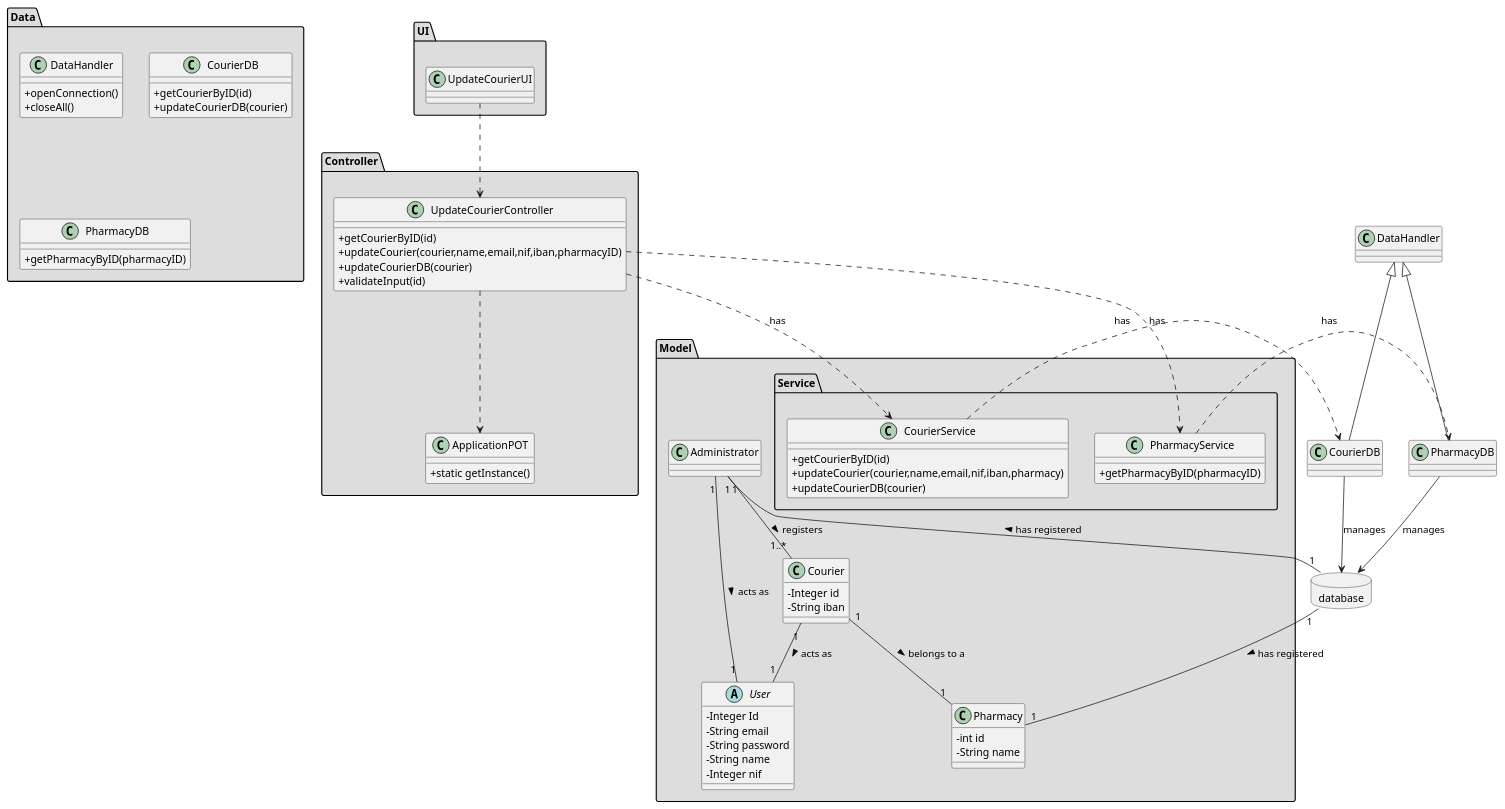
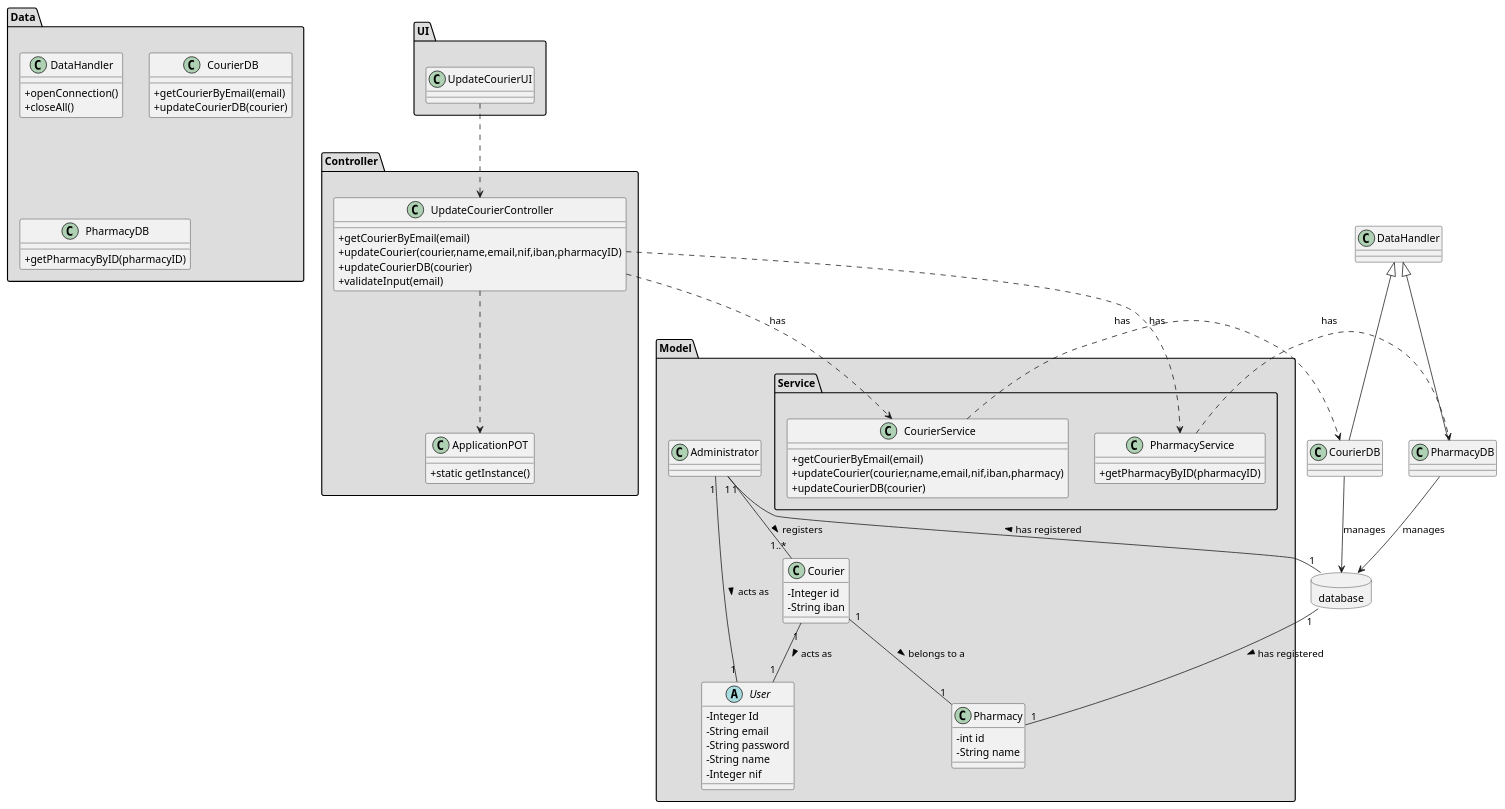
The diagram in docs/Iteration 2/Courier Management/US29_UpdateCourier/US29_CD.puml (tiagoavcosta25/LAPR3), drawn with PlantUML before and after one commit. The commit also changed 1 other file, not shown here.

Commit message:
LAPR2AP2-29 #refining UpdateCourier [Design]

```diff
--- a/docs/Iteration 2/Courier Management/US29_UpdateCourier/US29_CD.puml
+++ b/docs/Iteration 2/Courier Management/US29_UpdateCourier/US29_CD.puml
@@ -1,101 +1,101 @@
 @startuml
 skinparam classAttributeIconSize 0
 
 package "UI" #DDDDDD{
 class UpdateCourierUI {
 
 }
 }
 package "Controller" #DDDDDD {
 class UpdateCourierController{
-+getCourierByID(id)
++getCourierByEmail(email)
 +updateCourier(courier,name,email,nif,iban,pharmacyID)
 +updateCourierDB(courier)
-+validateInput(id)
++validateInput(email)
 }
 
 class ApplicationPOT
 {
   +static getInstance()
 }
 }
 
 
 package "Model" #DDDDDD {
 package "Service" #DDDDDD {
    class CourierService{
-          +getCourierByID(id)
+          +getCourierByEmail(email)
           +updateCourier(courier,name,email,nif,iban,pharmacy)
           +updateCourierDB(courier)
       }
 
       class PharmacyService{
                 +getPharmacyByID(pharmacyID)
             }
  }
 }
 
 package "Model" #DDDDDD {
 abstract class User{
 -Integer Id
 -String email
 -String password
 -String name
 -Integer nif
 }
 
 class Courier {
       -Integer id
       -String iban
 }
 
 class Administrator {
 }
 
 
 class Pharmacy{
 -   int id
 -   String name
 }
 
 
 }
 
 package "Data" #DDDDDD {
 class DataHandler{
     +openConnection()
     +closeAll()
 }
 
 class CourierDB{
- +getCourierByID(id)
+ +getCourierByEmail(email)
  +updateCourierDB(courier)
   }
 
   class PharmacyDB{
    +getPharmacyByID(pharmacyID)
     }
 }
 database database{
 
 }
 class CourierDB extends DataHandler
 class PharmacyDB extends DataHandler
 
 UpdateCourierController ..> ApplicationPOT
 UpdateCourierUI ..> UpdateCourierController
 UpdateCourierController ..> CourierService : has
 UpdateCourierController ..> PharmacyService : has
 CourierService ..> CourierDB : has
 PharmacyService ..> PharmacyDB : has
 CourierDB --> database : manages
 PharmacyDB --> database : manages
 
 database "1" -- "1" Administrator : has registered >
 database "1" -- "1" Pharmacy : has registered >
 Administrator "1" -- "1..*" Courier : registers >
 Courier "1" -- "1" User: acts as  >
 Courier "1" -- "1" Pharmacy: belongs to a  >
 Administrator "1" -- "1" User: acts as  >
 
 @enduml
```
